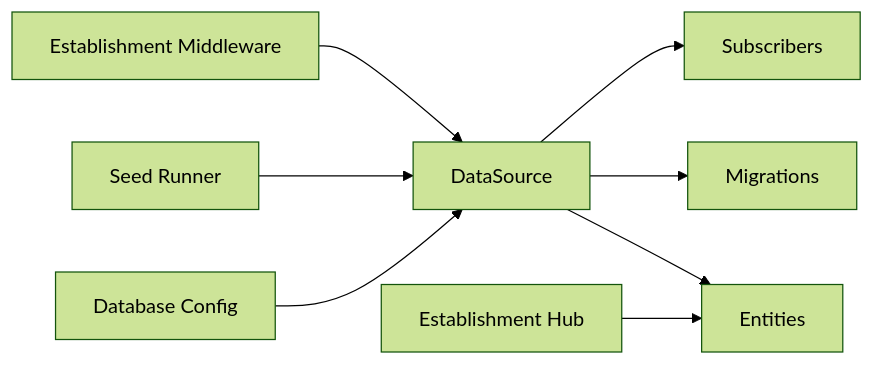
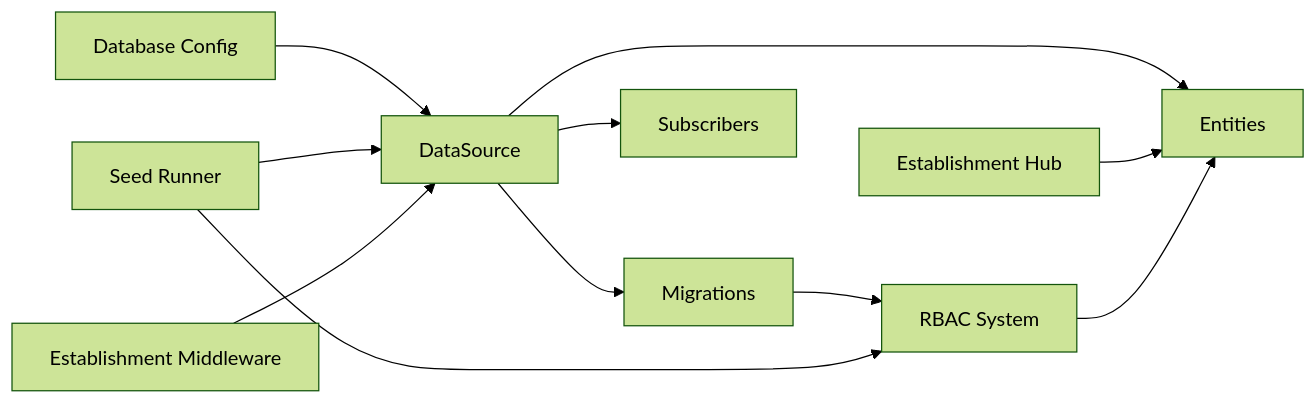
Before and after one commit to franckylab/eLISAschool: the fourth of 5 diagrams in .qoder/repowiki/en/content/Database Schema & Data Model/Database Schema & Data Model.md, drawn with Mermaid (forest theme). The commit also changed other lines of this file and 75 other files, not shown here.

````diff
--- a/.qoder/repowiki/en/content/Database Schema & Data Model/Database Schema & Data Model.md
+++ b/.qoder/repowiki/en/content/Database Schema & Data Model/Database Schema & Data Model.md
@@ -386,10 +590,13 @@
 ```mermaid
 graph LR
 CFG["Database Config"] --> DS["DataSource"]
 DS --> ENT["Entities"]
 DS --> MIG["Migrations"]
 DS --> SUB["Subscribers"]
 SEED["Seed Runner"] --> DS
 ETAB["Establishment Hub"] --> ENT
 MWARE["Establishment Middleware"] --> DS
+RBAC["RBAC System"] --> ENT
+MIG --> RBAC
+SEED --> RBAC
 ```
````
